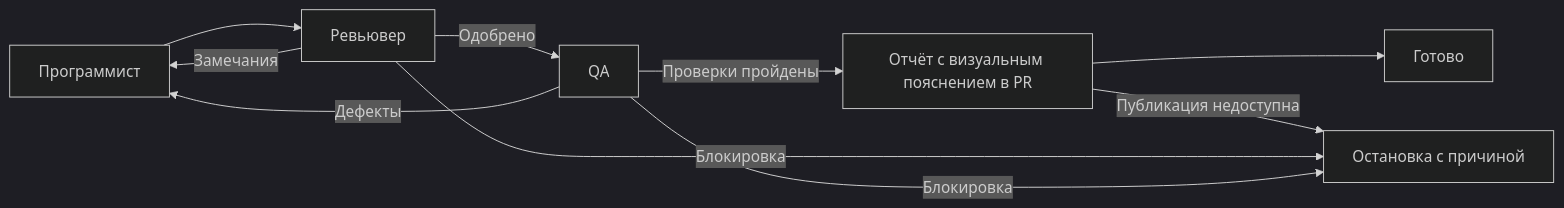
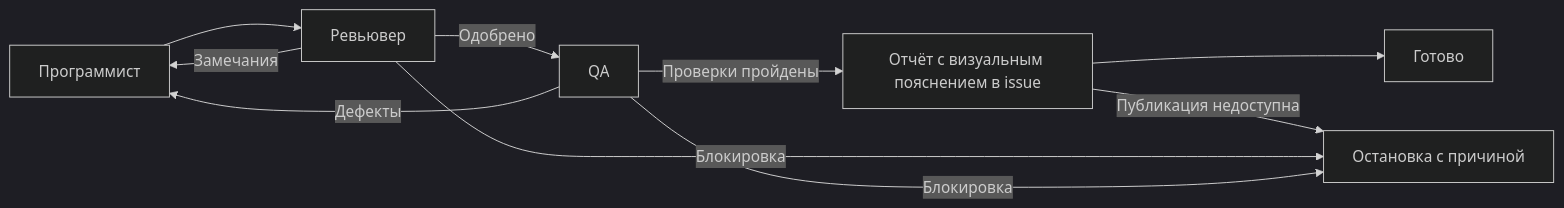
Before and after one commit to stray-live-pixel/Lawa: the diagram in examples/development-cycle.md, drawn with Mermaid (dark theme). The commit also changed other lines of this file and 4 other files, not shown here.

````diff
--- a/examples/development-cycle.md
+++ b/examples/development-cycle.md
@@ -6,12 +6,12 @@
 ```mermaid
 flowchart LR
     D[Программист] --> R[Ревьювер]
     R -->|Одобрено| Q[QA]
     R -->|Замечания| D
     Q -->|Дефекты| D
-    Q -->|Проверки пройдены| P[Отчёт с визуальным пояснением в PR]
+    Q -->|Проверки пройдены| P[Отчёт с визуальным пояснением в issue]
     P --> S[Готово]
     P -->|Публикация недоступна| F
     R -->|Блокировка| F[Остановка с причиной]
     Q -->|Блокировка| F
 ```
````
